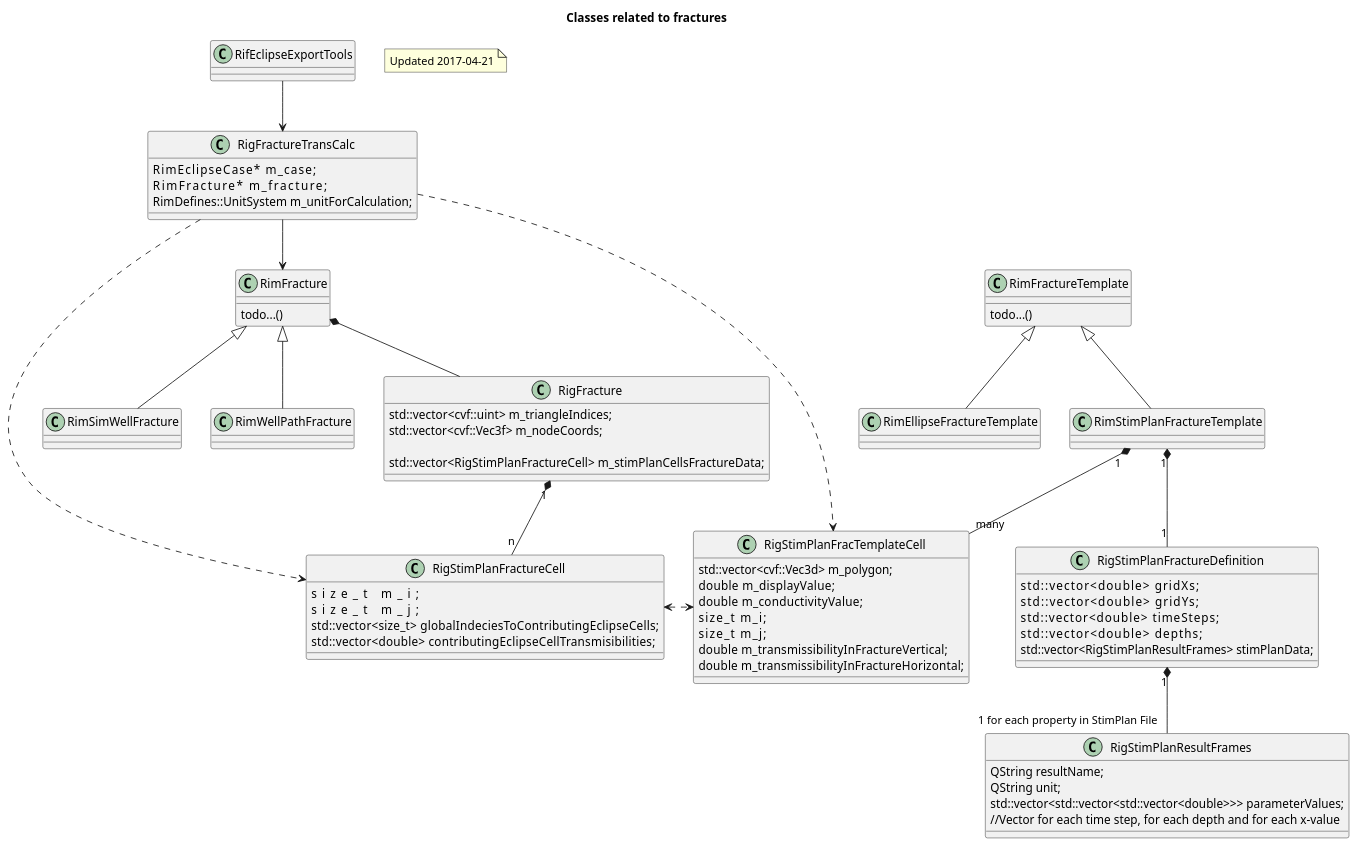
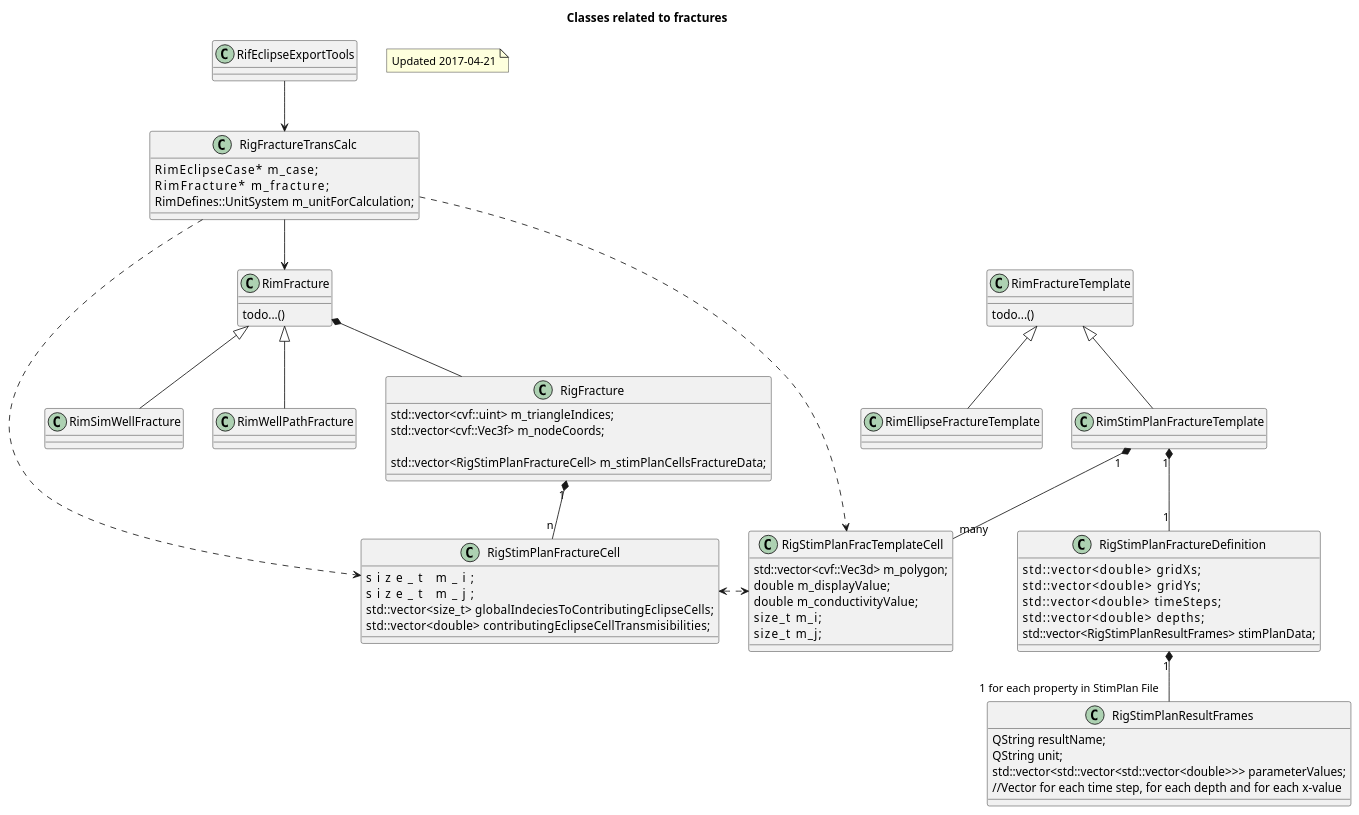
Before and after one commit to OPM/ResInsight: the diagram in doc/fracture_clases.plantuml, drawn with PlantUML. The commit also changed 4 other files, not shown here.

```diff
--- a/doc/fracture_clases.plantuml
+++ b/doc/fracture_clases.plantuml
@@ -1,108 +1,107 @@
 @startuml
 
 Title Classes related to fractures
 
 note as N1
  Updated 2017-04-21
 end note
 
 class RimFracture {
   todo...()
 }
 
 class RimSimWellFracture {
 }
 class RimWellPathFracture {
 }
 
 
 RimFracture <|-- RimSimWellFracture
 RimFracture <|-- RimWellPathFracture
 
 class RigFracture{
     std::vector<cvf::uint>  m_triangleIndices;
     std::vector<cvf::Vec3f> m_nodeCoords;
 
     std::vector<RigStimPlanFractureCell>  m_stimPlanCellsFractureData;
 }
 
 class RigStimPlanFractureCell{
     size_t                  m_i;
     size_t                  m_j;
     std::vector<size_t>     globalIndeciesToContributingEclipseCells;
     std::vector<double>     contributingEclipseCellTransmisibilities;
 }
 
 RimFracture *-- RigFracture
 RigFracture "1" *-- "n" RigStimPlanFractureCell
 
 class RimFractureTemplate {
   todo...()
 }
 
 class RimEllipseFractureTemplate {
 }
 class RimStimPlanFractureTemplate {
 }
 
 
 RimFractureTemplate <|-- RimEllipseFractureTemplate
 RimFractureTemplate <|-- RimStimPlanFractureTemplate
 
 class RigStimPlanFractureDefinition{
     std::vector<double>          gridXs;
     std::vector<double>          gridYs;
     std::vector<double>          timeSteps;
     std::vector<double>          depths;
     std::vector<RigStimPlanResultFrames> stimPlanData;
 
 }
 
 class RigStimPlanFracTemplateCell{
     std::vector<cvf::Vec3d> m_polygon;
     double   m_displayValue;
     double   m_conductivityValue;
     size_t     m_i;
     size_t     m_j;
-    double   m_transmissibilityInFractureVertical;
-    double   m_transmissibilityInFractureHorizontal;
+
 
 }
 
 RimStimPlanFractureTemplate "1" *-- "1" RigStimPlanFractureDefinition
 RimStimPlanFractureTemplate "1" *-- "many" RigStimPlanFracTemplateCell
 
 RigStimPlanFractureCell <.> RigStimPlanFracTemplateCell
 
 class RigStimPlanResultFrames{
     QString resultName;
     QString unit;
     std::vector<std::vector<std::vector<double>>> parameterValues;
     //Vector for each time step, for each depth and for each x-value
 
 }
 
 RigStimPlanFractureDefinition "1" *-- "1 for each property in StimPlan File" RigStimPlanResultFrames
 
 
 class RigFractureTransCalc{
     RimEclipseCase*         m_case;
     RimFracture*            m_fracture;
     RimDefines::UnitSystem  m_unitForCalculation;
 }
 
 RigFractureTransCalc --> RimFracture 
 RigFractureTransCalc ..> RigStimPlanFracTemplateCell
 RigFractureTransCalc ..> RigStimPlanFractureCell
 
 
 class RifEclipseExportTools{
 }
 
 RifEclipseExportTools --> RigFractureTransCalc 
 
 
 
 
 
 @enduml
```
